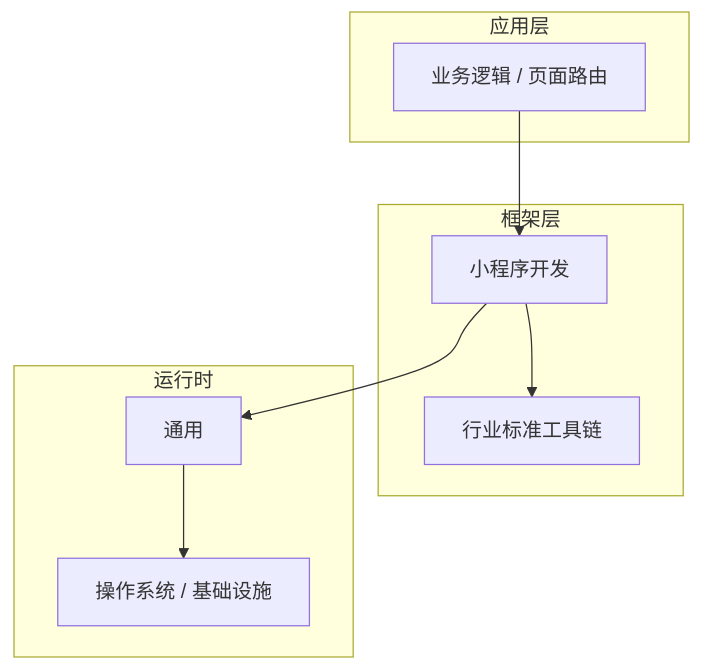
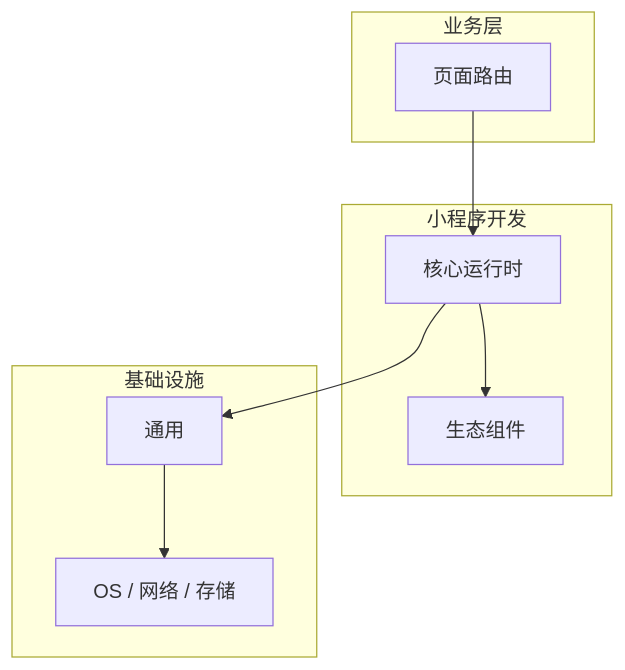
Before and after one commit to yanggan2015/knowledge-json-v2: the diagram in articles/小程序开发/chapters/033-页面路由核心概念与原理.md, drawn with Mermaid. The commit also changed other lines of this file and 10127 other files, not shown here.

````diff
--- a/articles/小程序开发/chapters/033-页面路由核心概念与原理.md
+++ b/articles/小程序开发/chapters/033-页面路由核心概念与原理.md
@@ -45,18 +34,18 @@
 ```mermaid
 graph TB
-    subgraph 应用层
-        A[业务逻辑 / 页面路由]
+    subgraph 业务层
+        A[页面路由]
     end
-    subgraph 框架层
-        B[小程序开发]
-        C[行业标准工具链]
+    subgraph 小程序开发
+        B[核心运行时]
+        C[生态组件]
     end
-    subgraph 运行时
+    subgraph 基础设施
         D[通用]
-        E[操作系统 / 基础设施]
+        E[OS / 网络 / 存储]
     end
     A --> B
     B --> C
     B --> D
     D --> E
 ```
````
